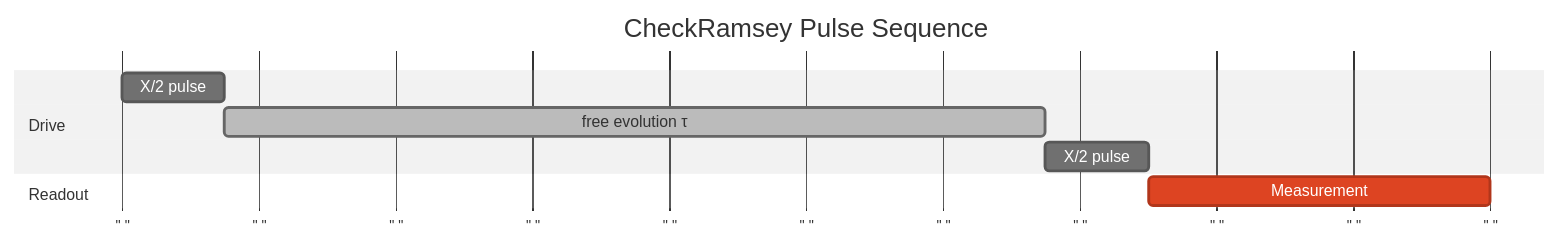
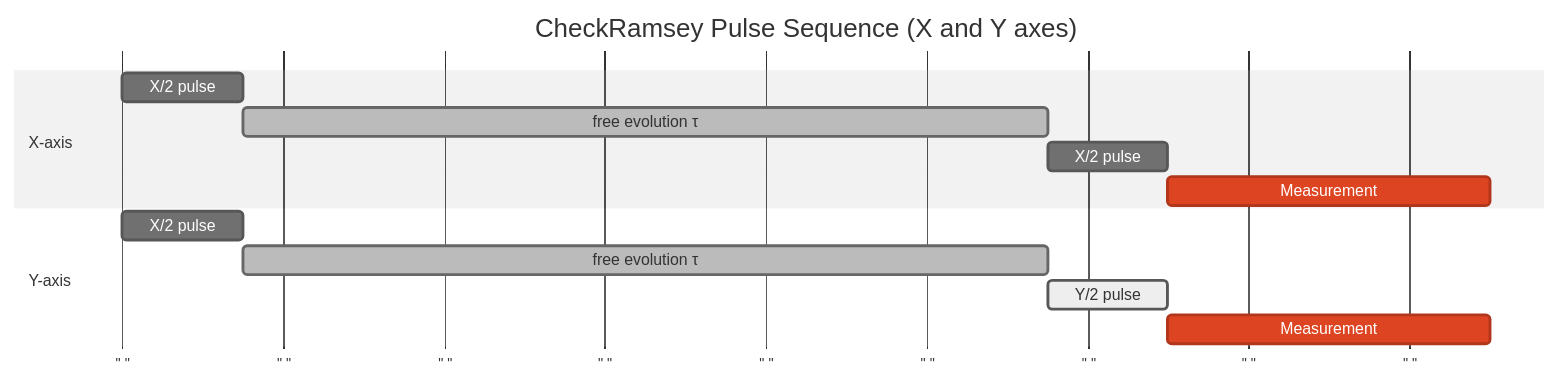
Before and after one commit to oqtopus-team/qdash: the diagram in docs/task-knowledge/one-qubit-calibration/CheckRamsey/index.md, drawn with Mermaid (neutral theme). The commit also changed 4 other files, not shown here.

Commit message:
feat(docs): update pulse sequence diagrams for gate calibration tasks

````diff
--- a/docs/task-knowledge/one-qubit-calibration/CheckRamsey/index.md
+++ b/docs/task-knowledge/one-qubit-calibration/CheckRamsey/index.md
@@ -13,14 +13,18 @@
 ```mermaid
 gantt
-    title CheckRamsey Pulse Sequence
+    title CheckRamsey Pulse Sequence (X and Y axes)
     dateFormat x
     axisFormat " "
 
-    section Drive
+    section X-axis
     X/2 pulse       :d1, 0, 15ms
-    free evolution τ :done, d2, after d1, 120ms
+    free evolution τ :done, d2, after d1, 100ms
     X/2 pulse       :d3, after d2, 15ms
+    Measurement     :crit, r1, after d3, 40ms
 
-    section Readout
-    Measurement     :crit, r1, after d3, 50ms
+    section Y-axis
+    X/2 pulse       :e1, 0, 15ms
+    free evolution τ :done, e2, after e1, 100ms
+    Y/2 pulse       :active, e3, after e2, 15ms
+    Measurement     :crit, r2, after e3, 40ms
 ```
````
